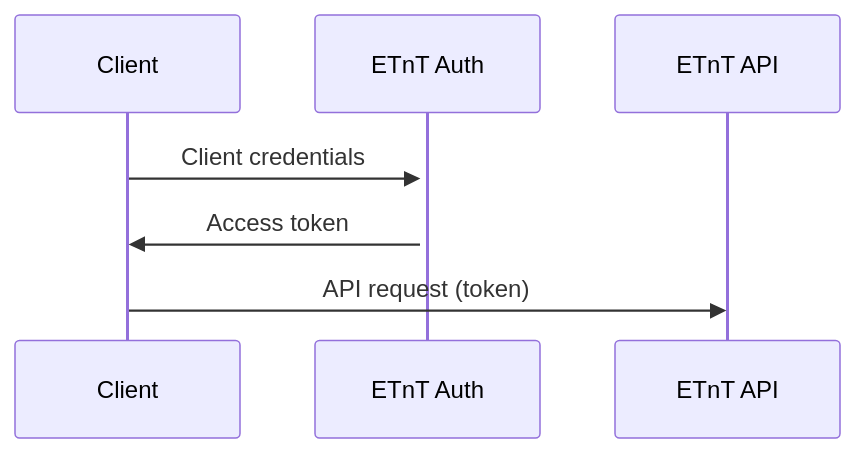
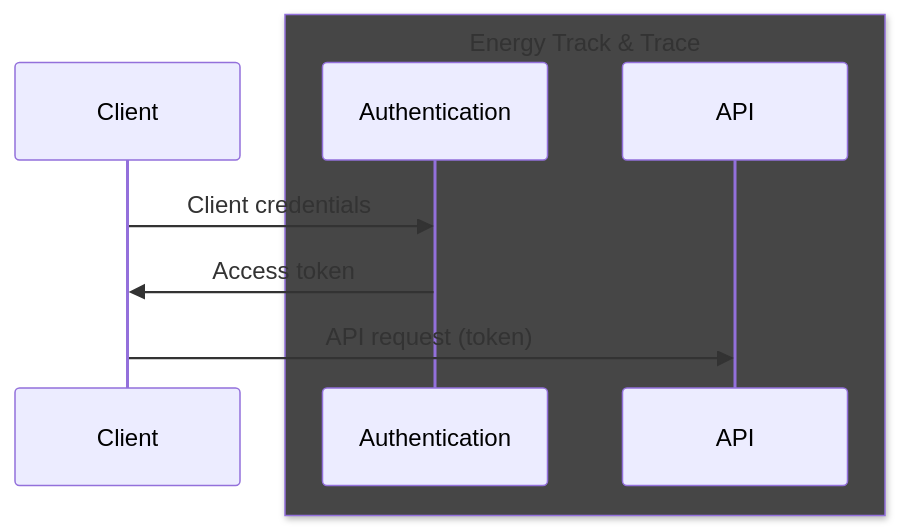
One commit to Energinet-DataHub/energy-origin changed the first of 2 diagrams in doc/guide_3rd_party.md. Above: the diagram before and after it, drawn with Mermaid. The commit also changed other lines of this file, not shown here.

````diff
--- a/doc/guide_3rd_party.md
+++ b/doc/guide_3rd_party.md
@@ -21,10 +27,12 @@
-```mermaid 
+```mermaid
 sequenceDiagram
     participant client as Client
-    participant auth as ETnT Auth
-    participant api as ETnT API
+    box rgb(70, 70, 70) Energy Track & Trace
+        participant auth as Authentication
+        participant api as API
+    end
     
-    client->>+auth: Client credentials
+    client->>auth: Client credentials
     auth->>client: Access token
     client->>api: API request (token)
 ```
````
